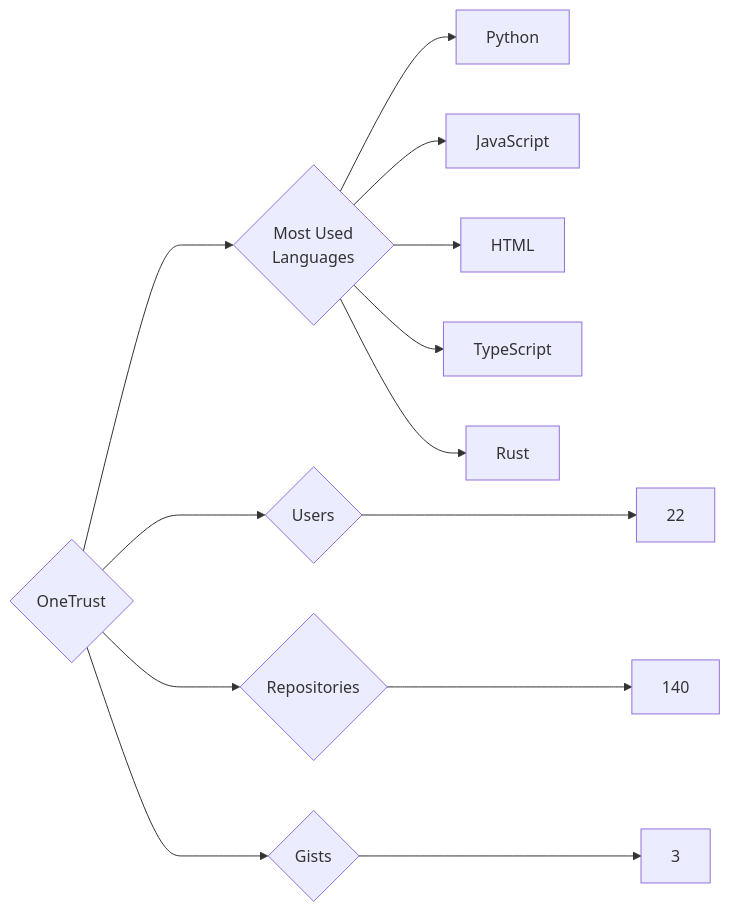
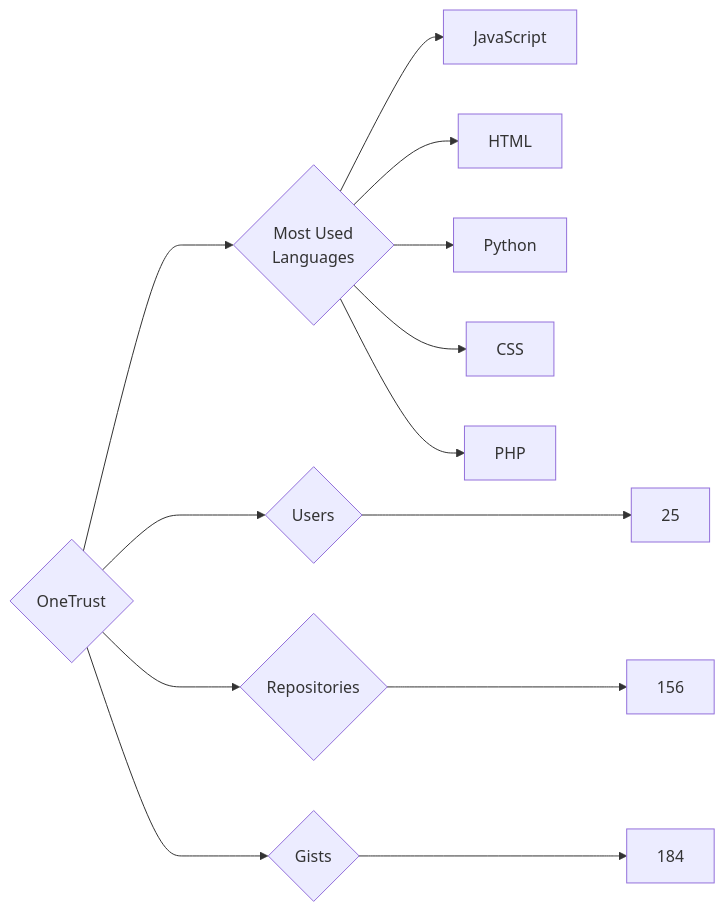
Before and after one commit to trickest/insiders: the diagram in targets/OneTrust/README.md, drawn with Mermaid. The commit also changed 939 other files, not shown here.

````diff
--- a/targets/OneTrust/README.md
+++ b/targets/OneTrust/README.md
@@ -3,13 +3,13 @@
 ```mermaid
 graph LR
 COMPANY_NAME{OneTrust}
-COMPANY_NAME ---> U{Users} ---> UN[22]
-COMPANY_NAME ---> R{Repositories} ---> RN[140]
-COMPANY_NAME ---> G{Gists} ---> GN[3]
+COMPANY_NAME ---> U{Users} ---> UN[25]
+COMPANY_NAME ---> R{Repositories} ---> RN[156]
+COMPANY_NAME ---> G{Gists} ---> GN[184]
 COMPANY_NAME ---> ML{Most Used<br>Languages}
-ML --> Python[Python]
 ML --> JavaScript[JavaScript]
 ML --> HTML[HTML]
-ML --> TypeScript[TypeScript]
-ML --> Rust[Rust]
+ML --> Python[Python]
+ML --> CSS[CSS]
+ML --> PHP[PHP]
 ```
````
